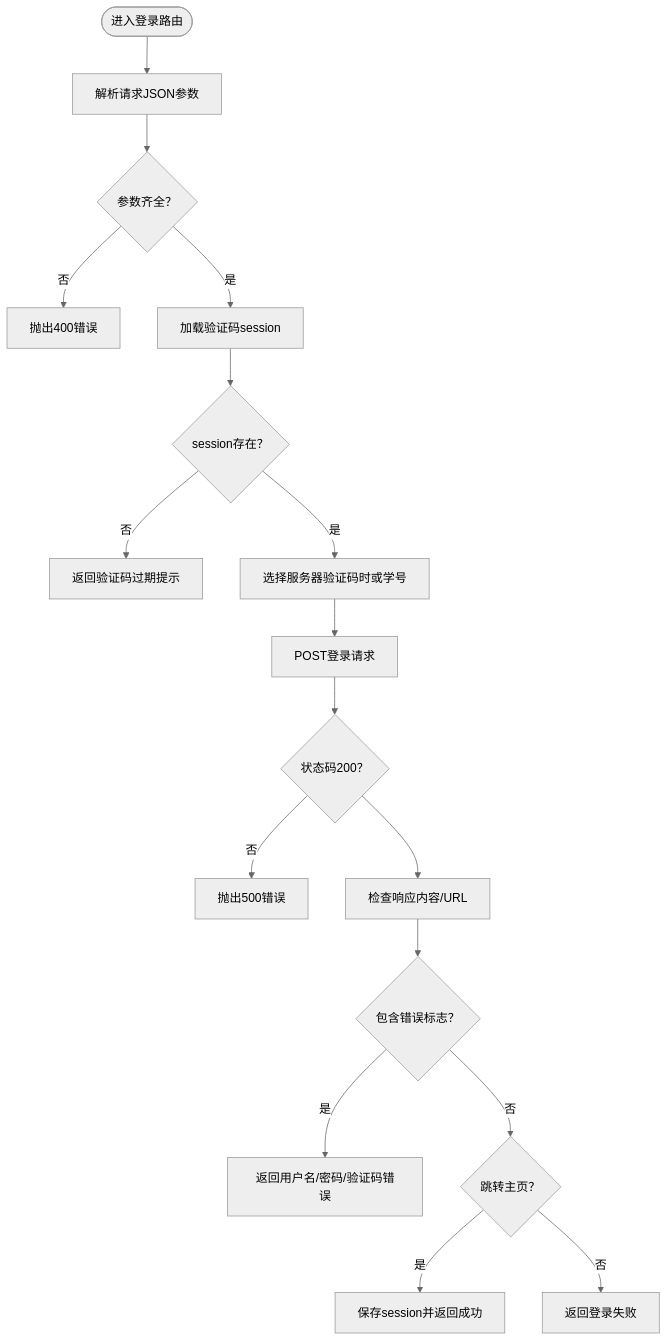
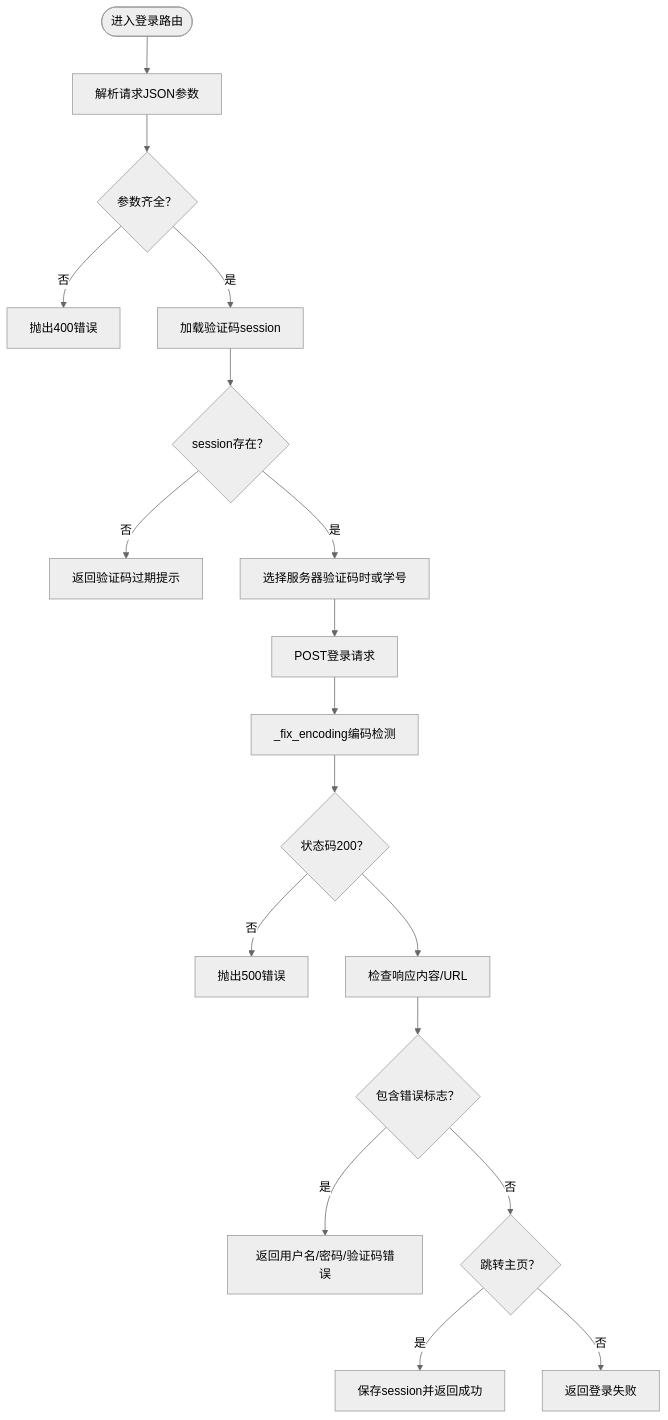
One commit to ghbbn053-ship-itsoulddog/soulddog changed the third of 9 diagrams in .qoder/repowiki/zh/content/开发指南/调试工具/后端调试.md. Above: the diagram before and after it, drawn with Mermaid (neutral theme). The commit also changed other lines of this file and 2 other files, not shown here.

````diff
--- a/.qoder/repowiki/zh/content/开发指南/调试工具/后端调试.md
+++ b/.qoder/repowiki/zh/content/开发指南/调试工具/后端调试.md
@@ -137,19 +152,20 @@
 ```mermaid
 flowchart TD
 Start(["进入登录路由"]) --> Parse["解析请求JSON参数"]
 Parse --> Validate{"参数齐全？"}
 Validate --> |否| Raise400["抛出400错误"]
 Validate --> |是| LoadSession["加载验证码session"]
 LoadSession --> SessionExists{"session存在？"}
 SessionExists --> |否| ReturnExpired["返回验证码过期提示"]
 SessionExists --> |是| ChooseServer["选择服务器验证码时或学号"]
 ChooseServer --> PostLogin["POST登录请求"]
-PostLogin --> StatusOK{"状态码200？"}
+PostLogin --> FixEncoding["_fix_encoding编码检测"]
+FixEncoding --> StatusOK{"状态码200？"}
 StatusOK --> |否| Raise500["抛出500错误"]
 StatusOK --> CheckContent["检查响应内容/URL"]
 CheckContent --> FailFlag{"包含错误标志？"}
 FailFlag --> |是| ReturnFail["返回用户名/密码/验证码错误"]
 FailFlag --> |否| Success{"跳转主页？"}
 Success --> |是| SaveSession["保存session并返回成功"]
 Success --> |否| ReturnDefaultFail["返回登录失败"]
 ```
````
